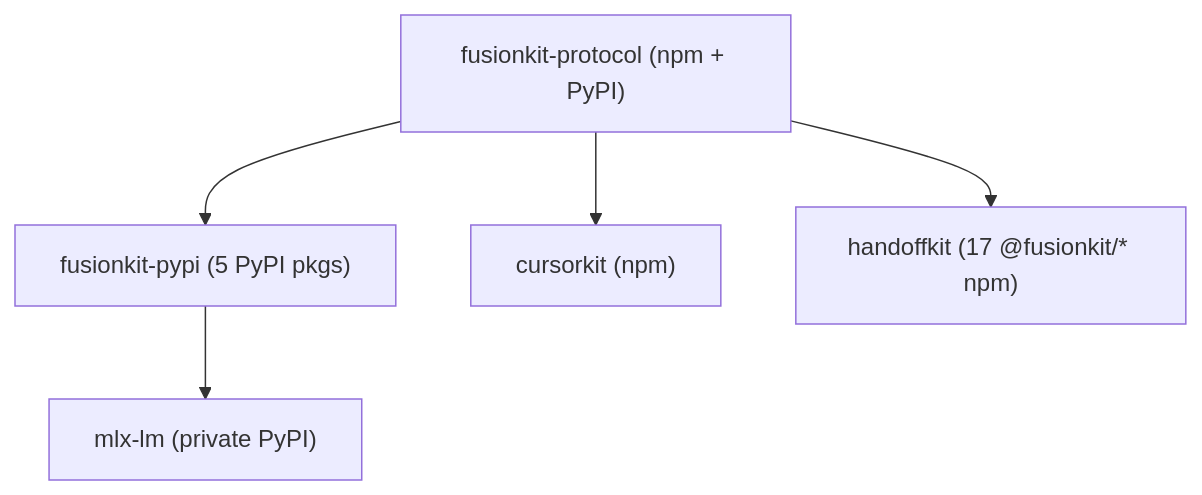
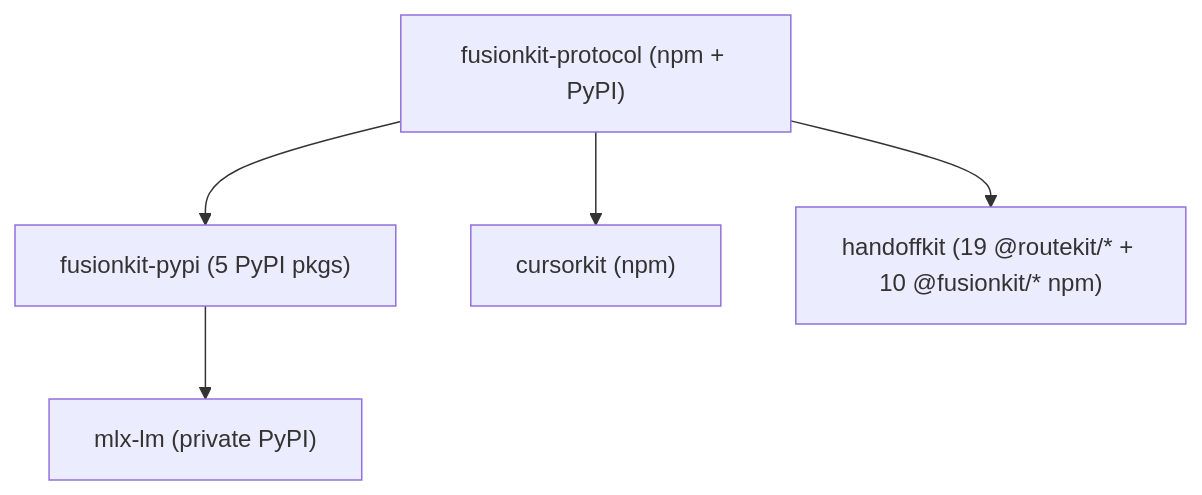
One commit to velum-labs/handoffkit changed the diagram in docs/releasing.md. Above: the diagram before and after it, drawn with Mermaid. The commit also changed other lines of this file and 82 other files, not shown here.

````diff
--- a/docs/releasing.md
+++ b/docs/releasing.md
@@ -16,12 +16,12 @@
 ```mermaid
 flowchart TD
   protocol["fusionkit-protocol (npm + PyPI)"]
   fusionpy["fusionkit-pypi (5 PyPI pkgs)"]
   cursor["cursorkit (npm)"]
-  handoff["handoffkit (17 @fusionkit/* npm)"]
+  handoff["handoffkit (19 @routekit/* + 10 @fusionkit/* npm)"]
   mlx["mlx-lm (private PyPI)"]
   protocol --> fusionpy
   protocol --> cursor
   protocol --> handoff
   fusionpy --> mlx
 ```
````
